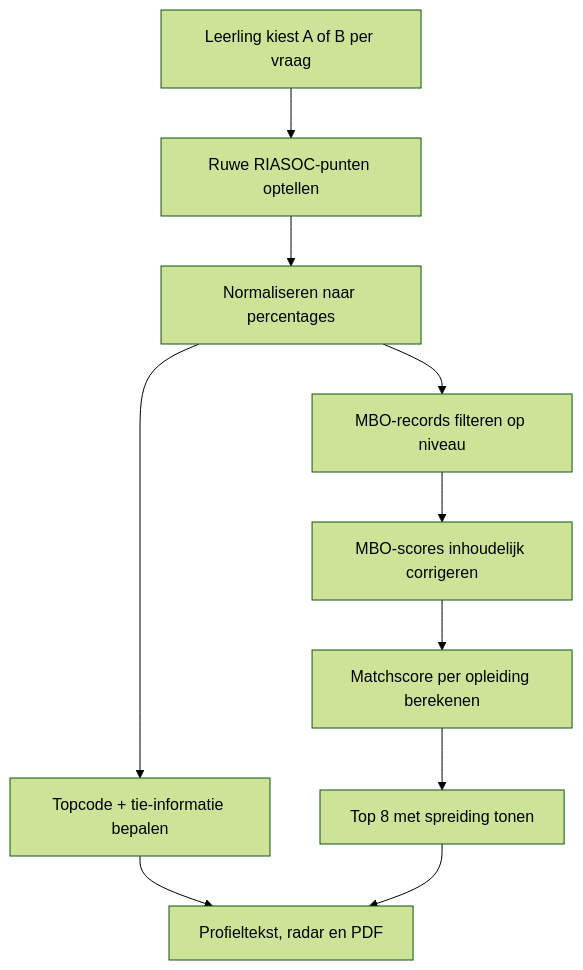
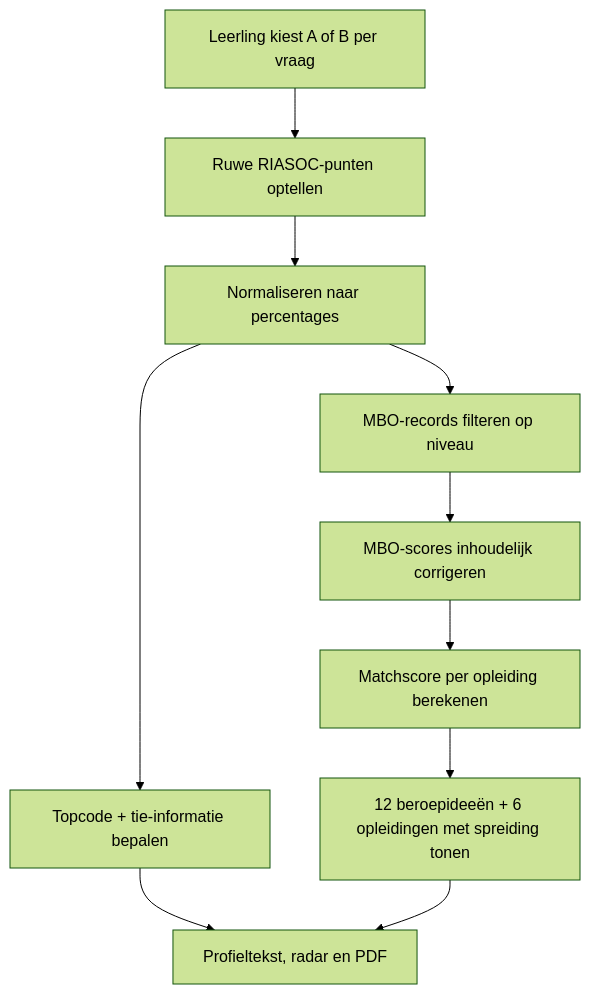
One commit to michelbuchnernl/mbo-verkenner changed the diagram in docs/RIASOC_Modeluitleg_weging_en_resultaat.md. Above: the diagram before and after it, drawn with Mermaid (forest theme). The commit also changed other lines of this file and 4 other files, not shown here.

````diff
--- a/docs/RIASOC_Modeluitleg_weging_en_resultaat.md
+++ b/docs/RIASOC_Modeluitleg_weging_en_resultaat.md
@@ -207,12 +211,12 @@
 ```mermaid
 flowchart TD
     A["Leerling kiest A of B per vraag"] --> B["Ruwe RIASOC-punten optellen"]
     B --> C["Normaliseren naar percentages"]
     C --> D["Topcode + tie-informatie bepalen"]
     C --> E["MBO-records filteren op niveau"]
     E --> F["MBO-scores inhoudelijk corrigeren"]
     F --> G["Matchscore per opleiding berekenen"]
-    G --> H["Top 8 met spreiding tonen"]
+    G --> H["12 beroepideeën + 6 opleidingen met spreiding tonen"]
     D --> I["Profieltekst, radar en PDF"]
     H --> I
 ```
````
